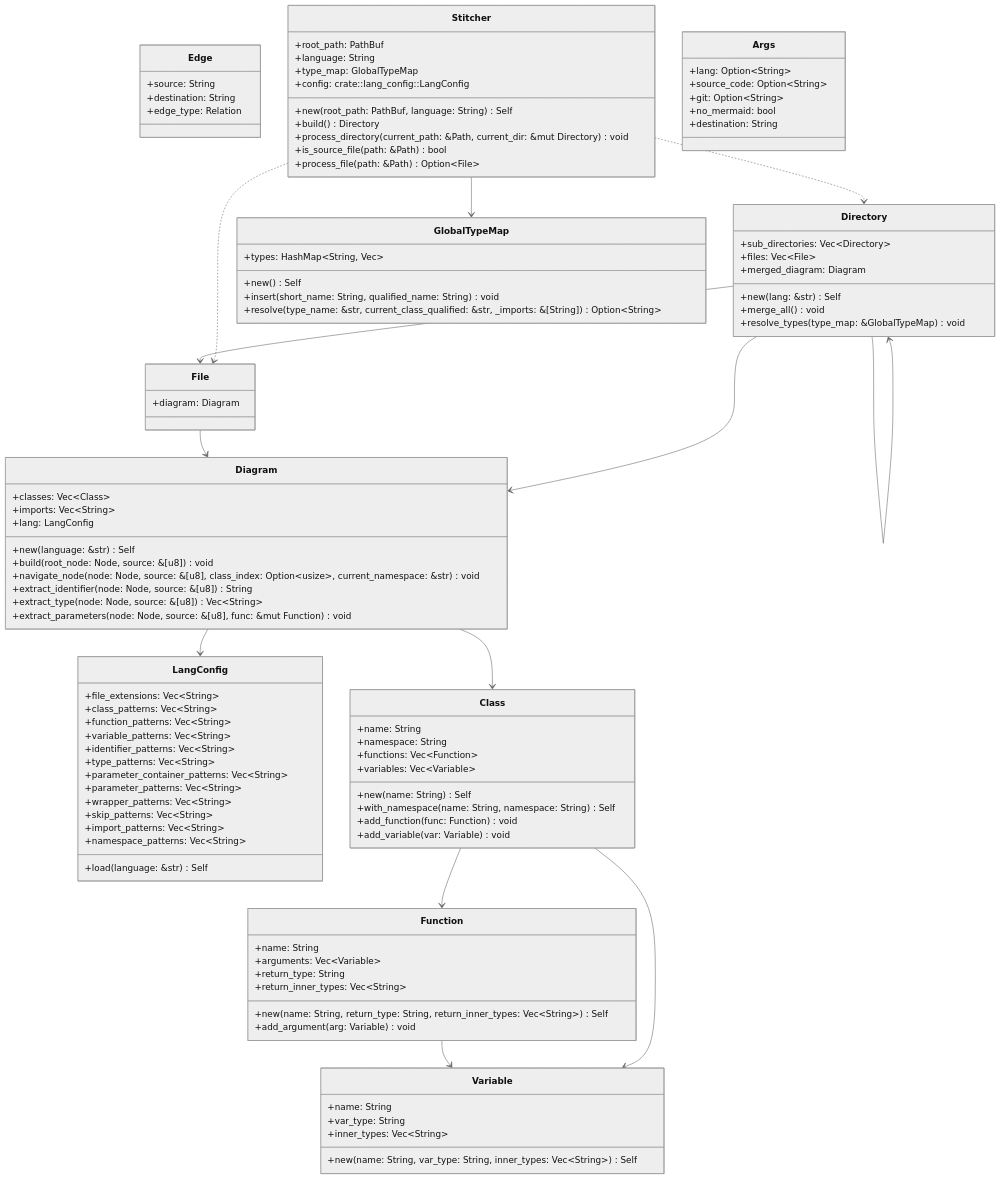
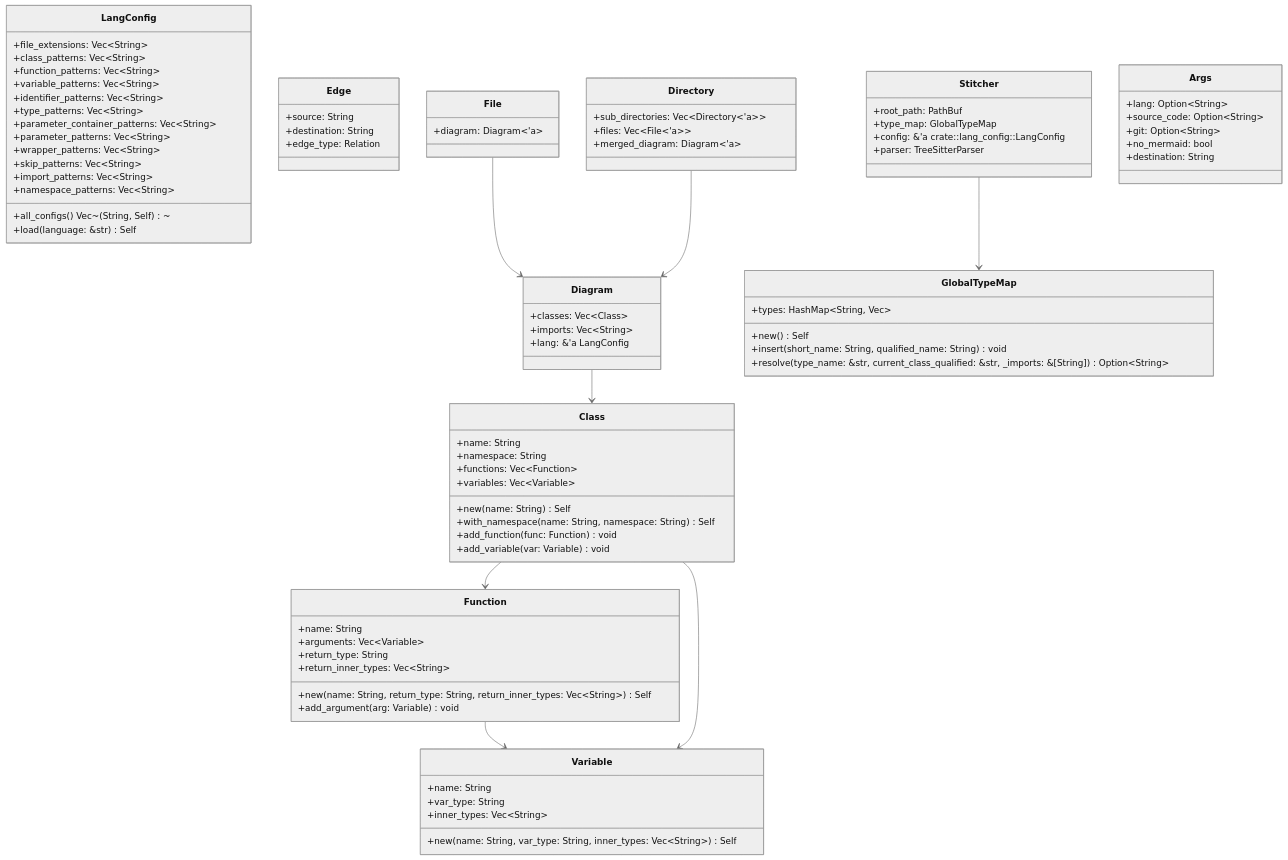
The diagram in UML.md (EthanDGee/Auto-UML), drawn with Mermaid (neutral theme) before and after one commit.

Commit message:
docs: update UML diagram [skip ci]

````diff
--- a/UML.md
+++ b/UML.md
@@ -13,6 +13,7 @@
         +skip_patterns: Vec~String~
         +import_patterns: Vec~String~
         +namespace_patterns: Vec~String~
+        +all_configs() Vec~(String, Self)~
         +load(language: &str) Self
     }
     class Edge {
@@ -47,24 +48,15 @@
     class Diagram {
         +classes: Vec~Class~
         +imports: Vec~String~
-        +lang: LangConfig
-        +new(language: &str) Self
-        +build(root_node: Node, source: &[u8]) void
-        +navigate_node(node: Node, source: &[u8], class_index: Option~usize~, current_namespace: &str) void
-        +extract_identifier(node: Node, source: &[u8]) String
-        +extract_type(node: Node, source: &[u8]) Vec~String~
-        +extract_parameters(node: Node, source: &[u8], func: &mut Function) void
+        +lang: &'a LangConfig
     }
     class File {
-        +diagram: Diagram
+        +diagram: Diagram~'a~
     }
     class Directory {
-        +sub_directories: Vec~Directory~
-        +files: Vec~File~
-        +merged_diagram: Diagram
-        +new(lang: &str) Self
-        +merge_all() void
-        +resolve_types(type_map: &GlobalTypeMap) void
+        +sub_directories: Vec~Directory<'a>~
+        +files: Vec~File<'a>~
+        +merged_diagram: Diagram~'a~
     }
     class GlobalTypeMap {
         +types: HashMap~String, Vec<String>~
@@ -74,14 +66,9 @@
     }
     class Stitcher {
         +root_path: PathBuf
-        +language: String
         +type_map: GlobalTypeMap
-        +config: crate::lang_config::LangConfig
-        +new(root_path: PathBuf, language: String) Self
-        +build() Directory
-        +process_directory(current_path: &Path, current_dir: &mut Directory) void
-        +is_source_file(path: &Path) bool
-        +process_file(path: &Path) Option~File~
+        +config: &'a crate::lang_config::LangConfig
+        +parser: TreeSitterParser
     }
     class Args {
         +lang: Option~String~
@@ -94,13 +81,8 @@
     Class --> Function
     Class --> Variable
     Diagram --> Class
-    Diagram --> LangConfig
     File --> Diagram
-    Directory --> Directory
-    Directory --> File
     Directory --> Diagram
     Stitcher --> GlobalTypeMap
-    Stitcher ..> Directory
-    Stitcher ..> File
 
 ```
````
